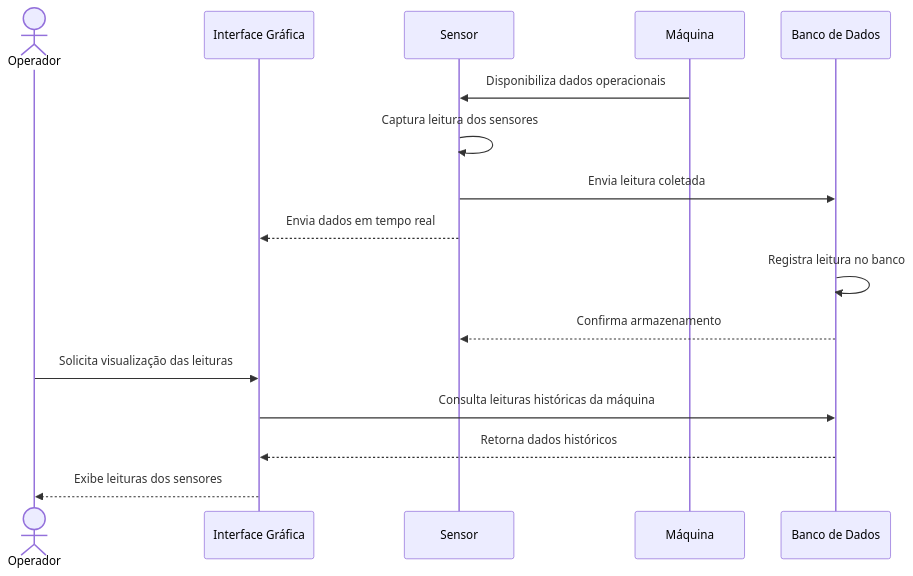
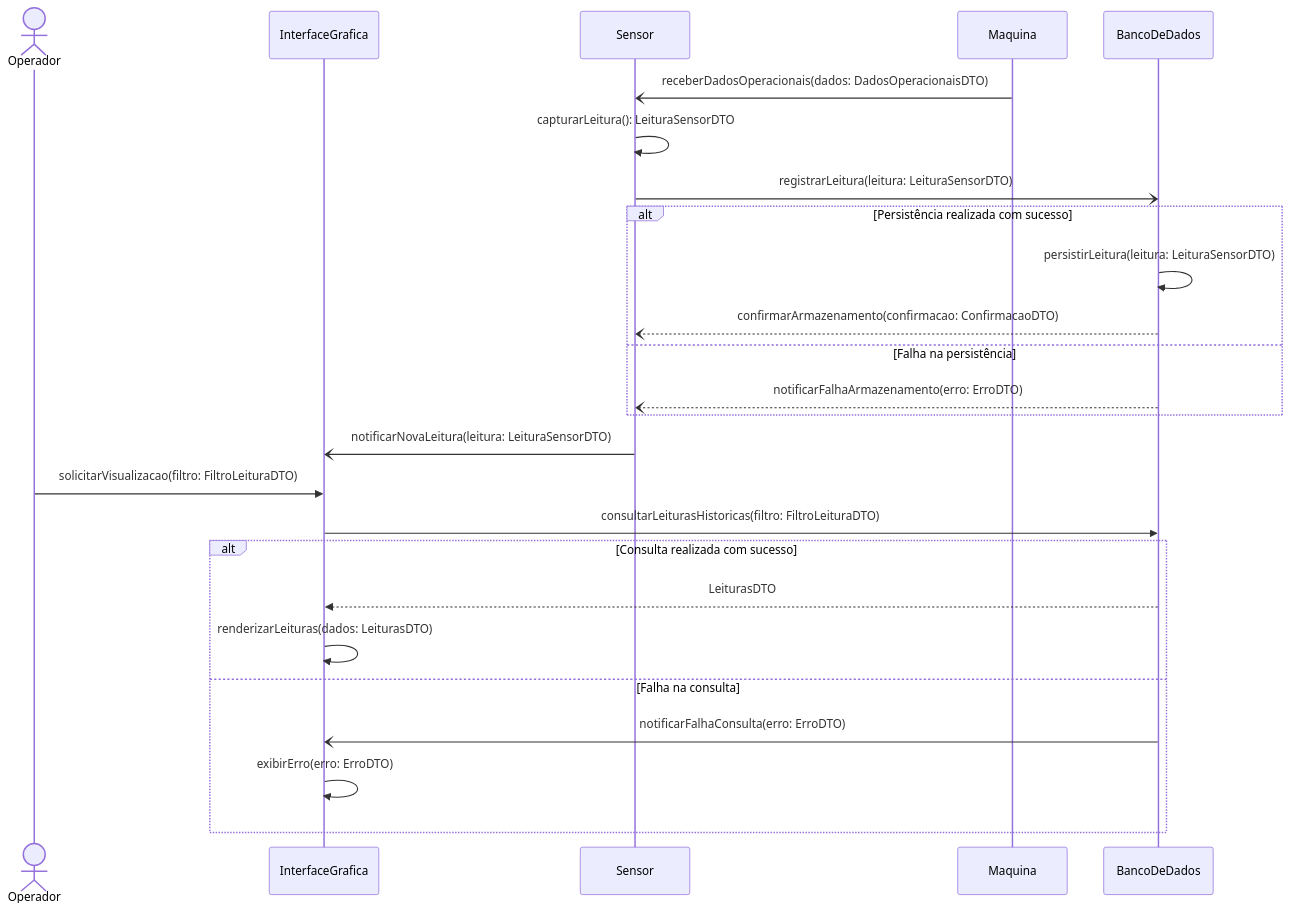
The diagram in diagramas/sequencia.md (vdss-x00/APS_2-Modelagem-de-Software), drawn with Mermaid before and after one commit. The commit also changed 2 other files, not shown here.

Commit message:
Refinar/corrigir diagramas

````diff
--- a/diagramas/sequencia.md
+++ b/diagramas/sequencia.md
@@ -1,20 +1,36 @@
 ```mermaid
 sequenceDiagram
     actor Operador
-    participant GUI as Interface Gráfica
+    participant GUI as InterfaceGrafica
     participant Sensor
-    participant Maquina as Máquina
-    participant BD as Banco de Dados
+    participant Maquina
+    participant BD as BancoDeDados
 
-    Maquina->>Sensor: Disponibiliza dados operacionais
-    Sensor->>Sensor: Captura leitura dos sensores
-    Sensor->>BD: Envia leitura coletada
-    Sensor-->>GUI: Envia dados em tempo real
-    BD->>BD: Registra leitura no banco
-    BD-->>Sensor: Confirma armazenamento
-    Operador->>GUI: Solicita visualização das leituras
-    GUI->>BD: Consulta leituras históricas da máquina
-    BD-->>GUI: Retorna dados históricos
-    GUI-->>Operador: Exibe leituras dos sensores
+    Maquina-)Sensor: receberDadosOperacionais(dados: DadosOperacionaisDTO)
+
+    Sensor->>Sensor: capturarLeitura(): LeituraSensorDTO
+
+    Sensor-)BD: registrarLeitura(leitura: LeituraSensorDTO)
+
+    alt Persistência realizada com sucesso
+        BD->>BD: persistirLeitura(leitura: LeituraSensorDTO)
+        BD--)Sensor: confirmarArmazenamento(confirmacao: ConfirmacaoDTO)
+    else Falha na persistência
+        BD--)Sensor: notificarFalhaArmazenamento(erro: ErroDTO)
+    end
+
+    Sensor-)GUI: notificarNovaLeitura(leitura: LeituraSensorDTO)
+
+    Operador->>GUI: solicitarVisualizacao(filtro: FiltroLeituraDTO)
+
+    GUI->>BD: consultarLeiturasHistoricas(filtro: FiltroLeituraDTO)
+
+    alt Consulta realizada com sucesso
+        BD-->>GUI: LeiturasDTO
+        GUI->>GUI: renderizarLeituras(dados: LeiturasDTO)
+    else Falha na consulta
+        BD-)GUI: notificarFalhaConsulta(erro: ErroDTO)
+        GUI->>GUI: exibirErro(erro: ErroDTO)
+    end
 
 ```
````
